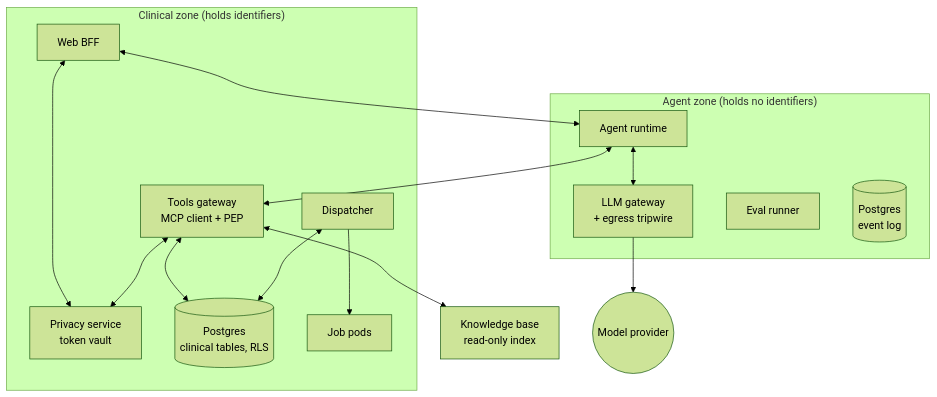
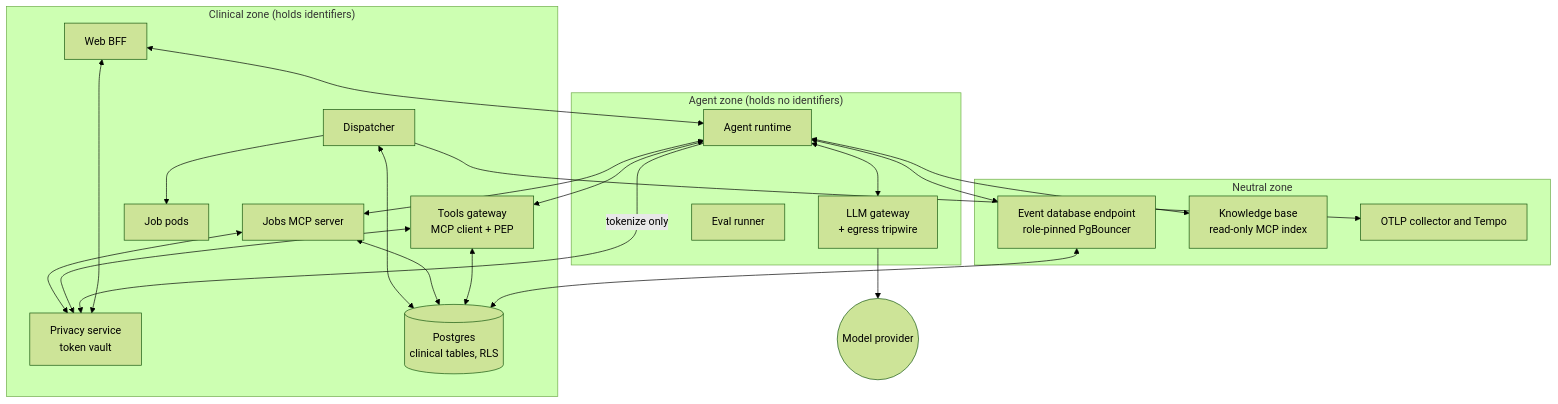
The second of 2 diagrams in docs/ARCHITECTURE.md (w9/zagent), drawn with Mermaid (forest theme) before and after one commit. The commit also changed other lines of this file and 44 other files, not shown here.

````diff
--- a/docs/ARCHITECTURE.md
+++ b/docs/ARCHITECTURE.md
@@ -210,29 +211,40 @@
 ```mermaid
 graph TB
     subgraph clinical["Clinical zone (holds identifiers)"]
         WEB[Web BFF]
         PRIV[Privacy service<br/>token vault]
         TOOLS[Tools gateway<br/>MCP client + PEP]
         DB[(Postgres<br/>clinical tables, RLS)]
         DISP[Dispatcher]
         JOBS[Job pods]
+        JMCP[Jobs MCP server]
     end
     subgraph agent["Agent zone (holds no identifiers)"]
         RT[Agent runtime]
         LLM[LLM gateway<br/>+ egress tripwire]
         EV[Eval runner]
-        LOG[(Postgres<br/>event log)]
     end
-    KB[Knowledge base<br/>read-only index]
+      subgraph neutral["Neutral zone"]
+        LOG[Event database endpoint<br/>role-pinned PgBouncer]
+        KB[Knowledge base<br/>read-only MCP index]
+        OTEL[OTLP collector and Tempo]
+      end
     EXT((Model provider))
     WEB <--> RT
     WEB <--> PRIV
     RT <--> LLM
     RT <--> TOOLS
+    RT <--> JMCP
+    RT <--> LOG
+    LOG <--> DB
+    RT <--> KB
+    RT -->|tokenize only| PRIV
     TOOLS <--> PRIV
     TOOLS <--> DB
-    TOOLS <--> KB
+    JMCP <--> PRIV
+    JMCP <--> DB
     DISP --> JOBS
     DISP <--> DB
     LLM --> EXT
+    DISP --> OTEL
 ```
````
